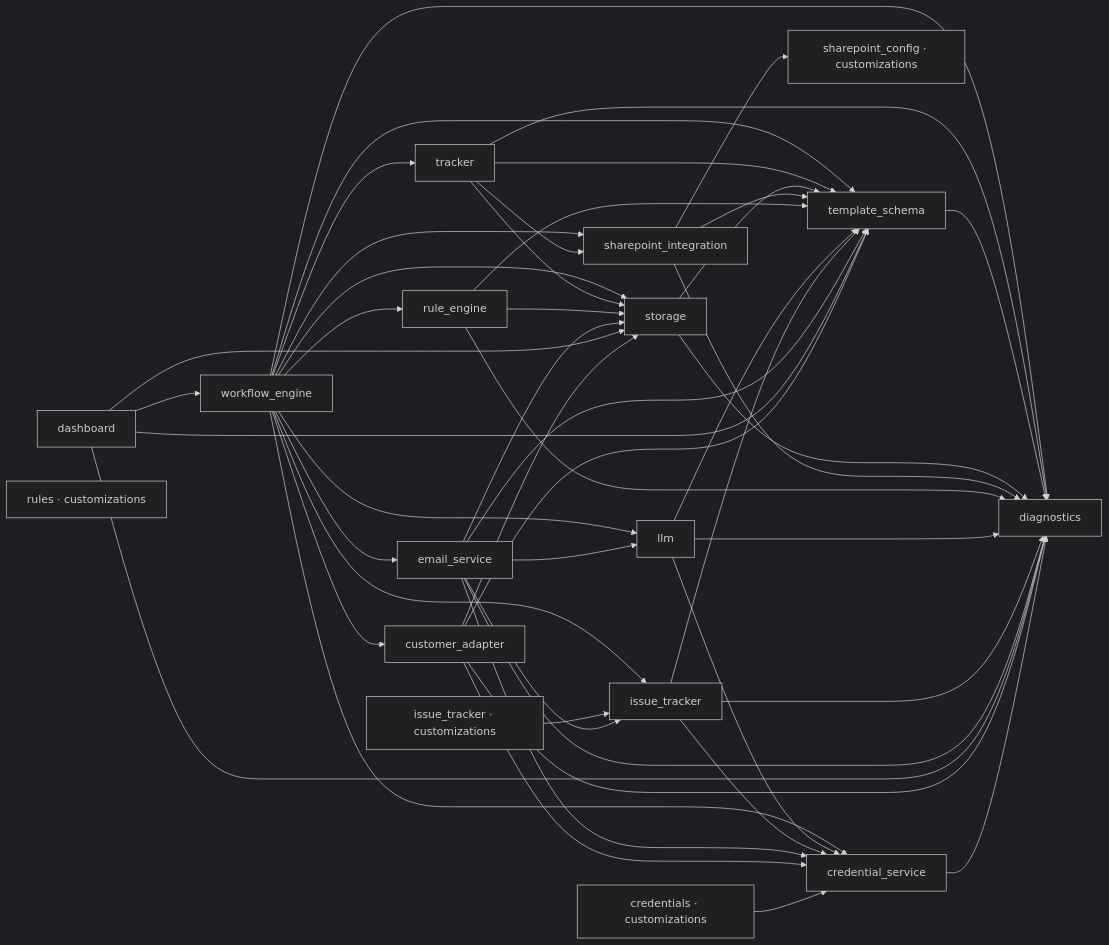
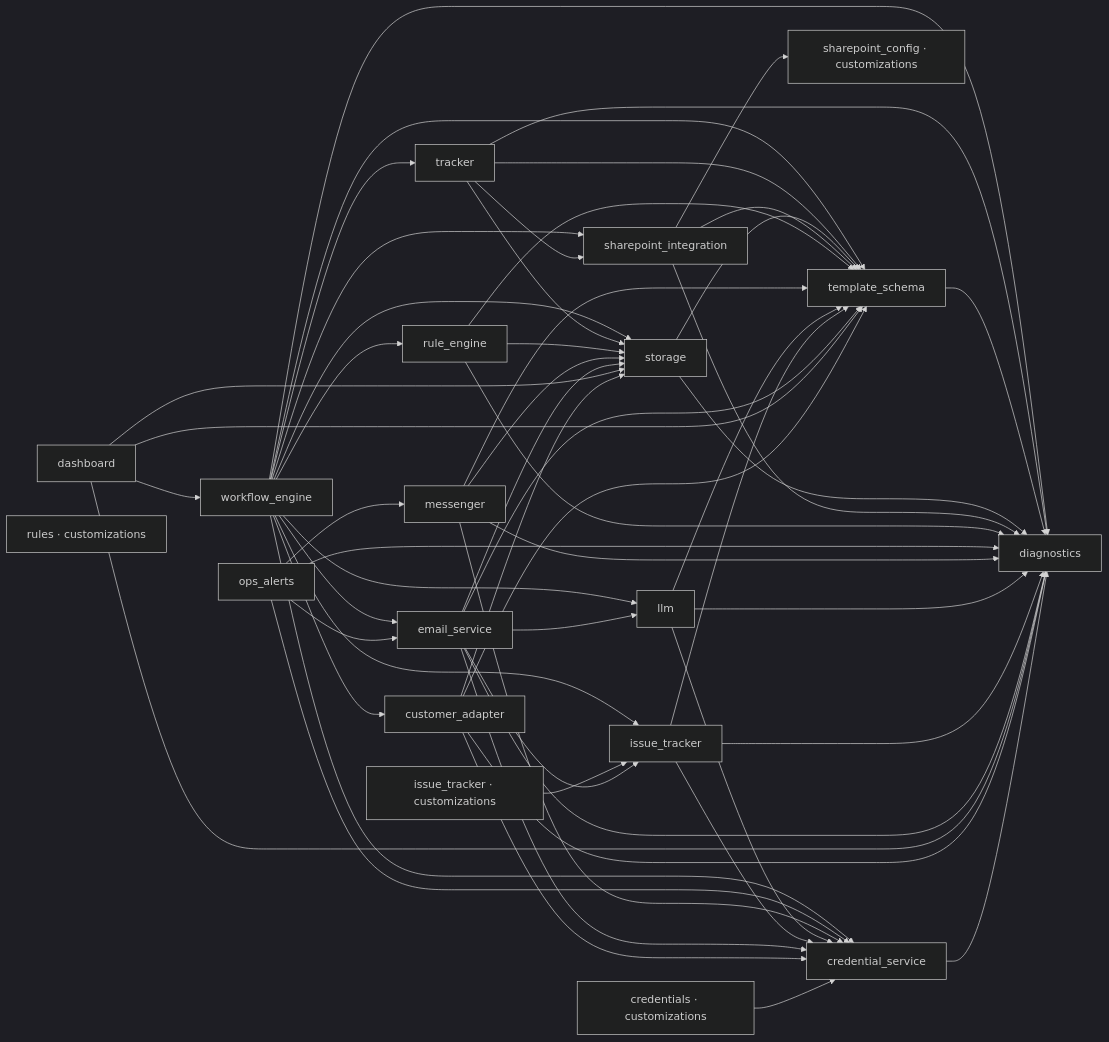
Before and after one commit to kurnoolion/hilda: the diagram in docs/compact/MAP.md, drawn with Mermaid (dark theme). The commit also changed other lines of this file and 18 other files, not shown here.

First line of the commit message:
regen-map 2026-06-27: 18 Structure sections + MAP.md (messenger + ops_alerts)

````diff
--- a/docs/compact/MAP.md
+++ b/docs/compact/MAP.md
@@ -28,68 +30,78 @@
 ```mermaid
 flowchart LR
     m_credential_service[credential_service]
     m_credentials_cust[credentials · customizations]
     m_customer_adapter[customer_adapter]
     m_dashboard[dashboard]
     m_diagnostics[diagnostics]
     m_email_service[email_service]
     m_issue_tracker[issue_tracker]
     m_issue_tracker_cust[issue_tracker · customizations]
     m_llm[llm]
+    m_messenger[messenger]
+    m_ops_alerts[ops_alerts]
     m_rule_engine[rule_engine]
     m_rules_cust[rules · customizations]
     m_sharepoint_config[sharepoint_config · customizations]
     m_sharepoint_integration[sharepoint_integration]
     m_storage[storage]
     m_template_schema[template_schema]
     m_tracker[tracker]
     m_workflow_engine[workflow_engine]
 
     m_credential_service --> m_diagnostics
     m_credentials_cust --> m_credential_service
     m_customer_adapter --> m_diagnostics
     m_customer_adapter --> m_credential_service
     m_customer_adapter --> m_storage
     m_customer_adapter --> m_template_schema
     m_dashboard --> m_diagnostics
     m_dashboard --> m_storage
     m_dashboard --> m_template_schema
     m_dashboard --> m_workflow_engine
     m_email_service --> m_diagnostics
     m_email_service --> m_credential_service
     m_email_service --> m_storage
     m_email_service --> m_template_schema
     m_email_service --> m_llm
     m_email_service --> m_issue_tracker
     m_issue_tracker --> m_diagnostics
     m_issue_tracker --> m_template_schema
     m_issue_tracker --> m_credential_service
     m_issue_tracker_cust --> m_issue_tracker
     m_llm --> m_diagnostics
     m_llm --> m_credential_service
     m_llm --> m_template_schema
+    m_messenger --> m_diagnostics
+    m_messenger --> m_credential_service
+    m_messenger --> m_template_schema
+    m_messenger --> m_storage
+    m_ops_alerts --> m_diagnostics
+    m_ops_alerts --> m_email_service
+    m_ops_alerts --> m_messenger
+    m_ops_alerts --> m_credential_service
     m_rule_engine --> m_diagnostics
     m_rule_engine --> m_template_schema
     m_rule_engine --> m_storage
     m_sharepoint_integration --> m_diagnostics
     m_sharepoint_integration --> m_template_schema
     m_sharepoint_integration --> m_sharepoint_config
     m_storage --> m_diagnostics
     m_storage --> m_template_schema
     m_template_schema --> m_diagnostics
     m_tracker --> m_diagnostics
     m_tracker --> m_template_schema
     m_tracker --> m_storage
     m_tracker --> m_sharepoint_integration
     m_workflow_engine --> m_diagnostics
     m_workflow_engine --> m_template_schema
     m_workflow_engine --> m_rule_engine
     m_workflow_engine --> m_storage
     m_workflow_engine --> m_credential_service
     m_workflow_engine --> m_sharepoint_integration
     m_workflow_engine --> m_email_service
     m_workflow_engine --> m_customer_adapter
     m_workflow_engine --> m_issue_tracker
     m_workflow_engine --> m_llm
     m_workflow_engine --> m_tracker
 ```
````
